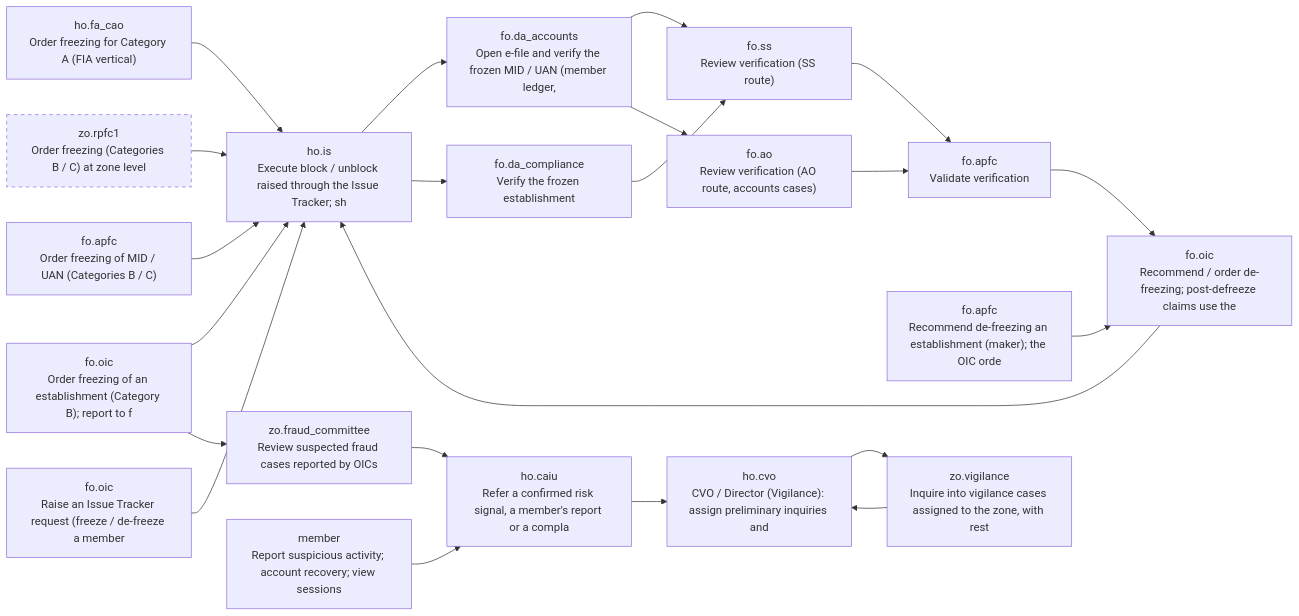
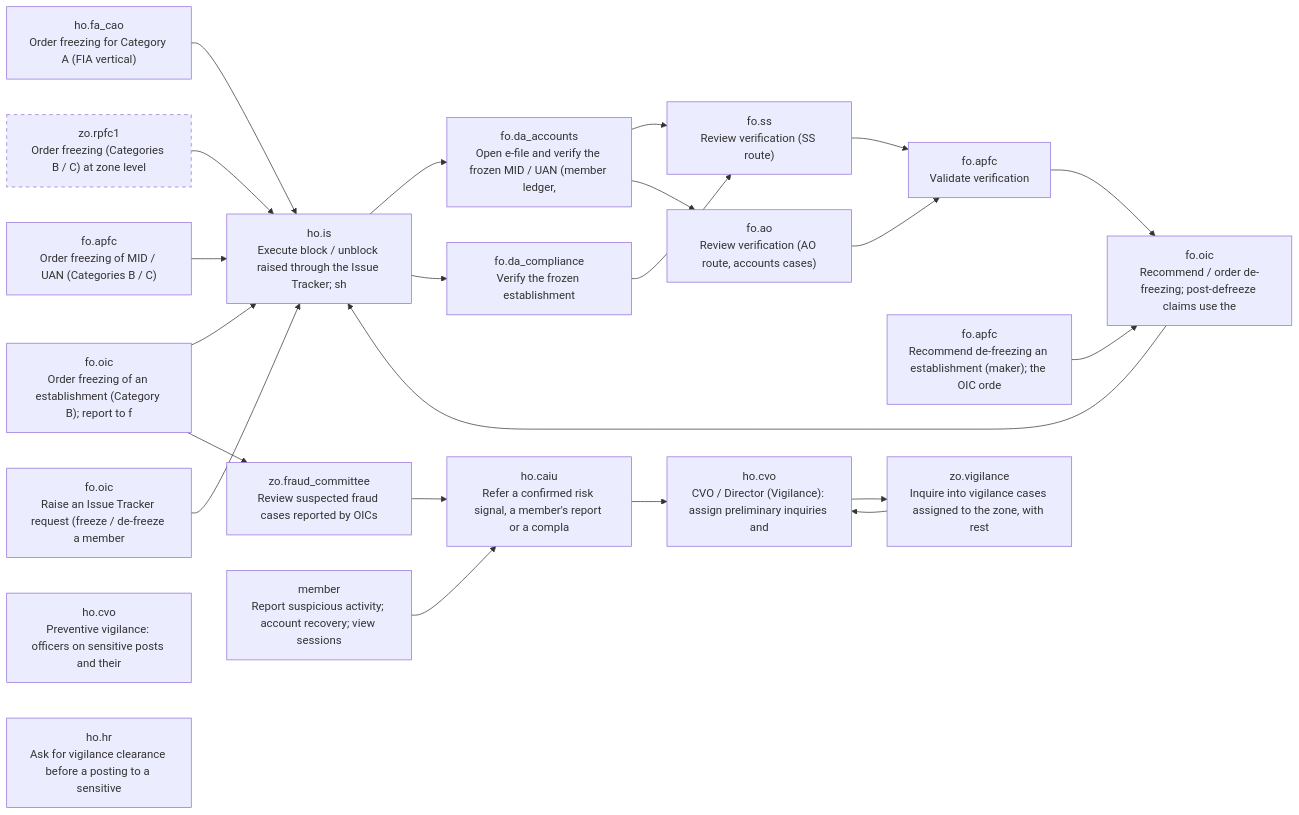
Before and after one commit to gauravmeena0708/pf-life: the seventh of 14 diagrams in docs/stakeholder-api-sets.md, drawn with Mermaid. The commit also changed other lines of this file and 37 other files, not shown here.

First line of the commit message:
P2.10b: sensitive posts, rotation and vigilance clearance

````diff
--- a/docs/stakeholder-api-sets.md
+++ b/docs/stakeholder-api-sets.md
@@ -1744,43 +1749,45 @@
 ```mermaid
 flowchart LR
   F07_freeze_ho["ho.fa_cao<br/>Order freezing for Category A (FIA vertical)"]
   F07_freeze_zo["zo.rpfc1<br/>Order freezing (Categories B / C) at zone level"]
   style F07_freeze_zo stroke-dasharray: 5 5
   F07_freeze_ro_member["fo.apfc<br/>Order freezing of MID / UAN (Categories B / C)"]
   F07_freeze_ro_est["fo.oic<br/>Order freezing of an establishment (Category B); report to f"]
   F07_issue_raise["fo.oic<br/>Raise an Issue Tracker request (freeze / de-freeze a member "]
   F07_block["ho.is<br/>Execute block / unblock raised through the Issue Tracker; sh"]
   F07_verify_member["fo.da_accounts<br/>Open e-file and verify the frozen MID / UAN (member ledger, "]
   F07_verify_est["fo.da_compliance<br/>Verify the frozen establishment"]
   F07_verify_ss["fo.ss<br/>Review verification (SS route)"]
   F07_verify_ao["fo.ao<br/>Review verification (AO route, accounts cases)"]
   F07_verify_apfc["fo.apfc<br/>Validate verification"]
   F07_defreeze_est_maker["fo.apfc<br/>Recommend de-freezing an establishment (maker); the OIC orde"]
   F07_defreeze["fo.oic<br/>Recommend / order de-freezing; post-defreeze claims use the "]
   F07_committee["zo.fraud_committee<br/>Review suspected fraud cases reported by OICs"]
   F07_vig_referral["ho.caiu<br/>Refer a confirmed risk signal, a member's report or a compla"]
   F07_vig_zone["zo.vigilance<br/>Inquire into vigilance cases assigned to the zone, with rest"]
   F07_vig_ho["ho.cvo<br/>CVO / Director (Vigilance): assign preliminary inquiries and"]
+  F07_vig_preventive["ho.cvo<br/>Preventive vigilance: officers on sensitive posts and their "]
+  F07_vig_clearance["ho.hr<br/>Ask for vigilance clearance before a posting to a sensitive "]
   F07_member_report["member<br/>Report suspicious activity; account recovery; view sessions"]
   F07_freeze_ho --> F07_block
   F07_freeze_zo --> F07_block
   F07_freeze_ro_member --> F07_block
   F07_freeze_ro_est --> F07_block
   F07_freeze_ro_est --> F07_committee
   F07_issue_raise --> F07_block
   F07_block --> F07_verify_member
   F07_block --> F07_verify_est
   F07_verify_member --> F07_verify_ss
   F07_verify_member --> F07_verify_ao
   F07_verify_est --> F07_verify_ss
   F07_verify_ss --> F07_verify_apfc
   F07_verify_ao --> F07_verify_apfc
   F07_verify_apfc --> F07_defreeze
   F07_defreeze_est_maker --> F07_defreeze
   F07_defreeze --> F07_block
   F07_committee --> F07_vig_referral
   F07_vig_referral --> F07_vig_ho
   F07_vig_zone --> F07_vig_ho
   F07_vig_ho --> F07_vig_zone
   F07_member_report --> F07_vig_referral
 ```
````
